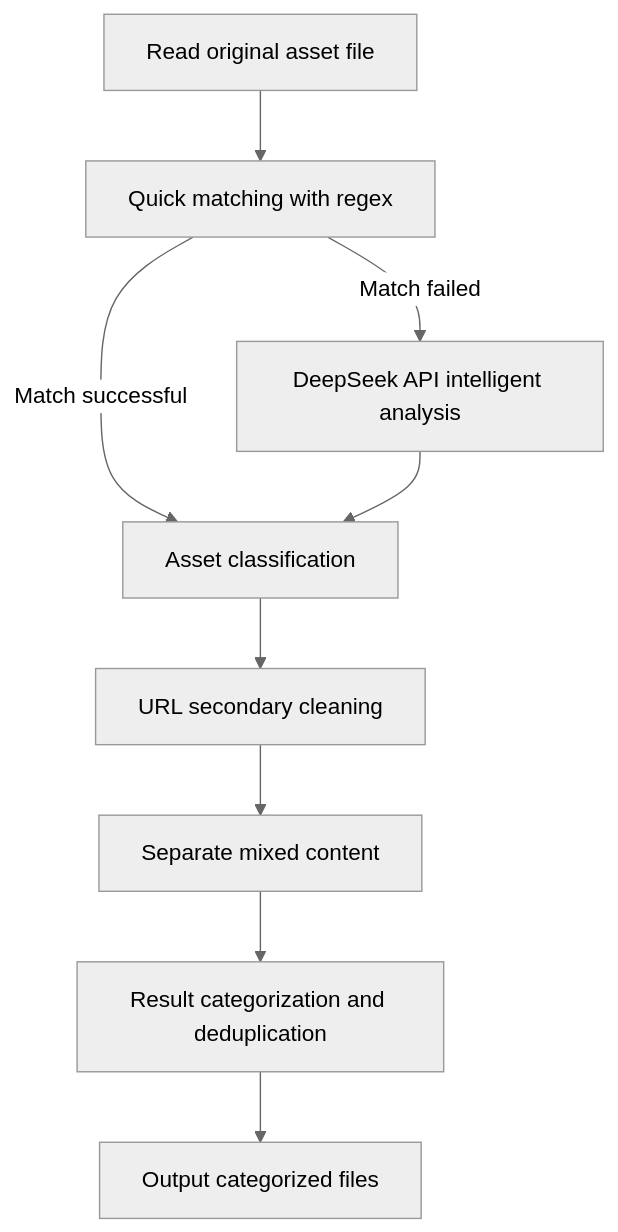
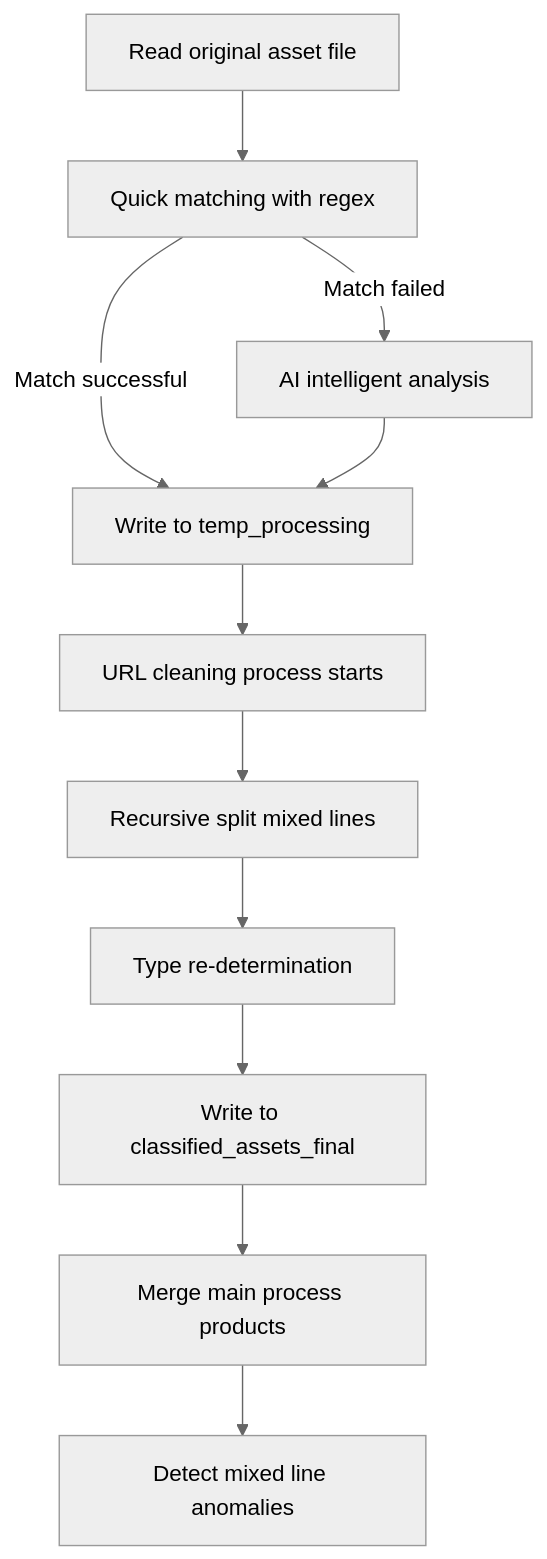
Before and after one commit to taielab/ClearFeather: the diagram in README_EN.md, drawn with Mermaid (neutral theme). The commit also changed other lines of this file and 2 other files, not shown here.

````diff
--- a/README_EN.md
+++ b/README_EN.md
@@ -139,11 +189,13 @@
 ```mermaid
 graph TD
     A[Read original asset file] --> B[Quick matching with regex]
-    B -->|Match successful| D[Asset classification]
-    B -->|Match failed| C[DeepSeek API intelligent analysis]
+    B -->|Match successful| D[Write to temp_processing]
+    B -->|Match failed| C[AI intelligent analysis]
     C --> D
-    D --> E[URL secondary cleaning]
-    E --> F[Separate mixed content]
-    F --> G[Result categorization and deduplication]
-    G --> H[Output categorized files]
+    D --> E[URL cleaning process starts]
+    E --> F[Recursive split mixed lines]
+    F --> G[Type re-determination]
+    G --> H[Write to classified_assets_final]
+    H --> I[Merge main process products]
+    I --> J[Detect mixed line anomalies]
 ```
````
